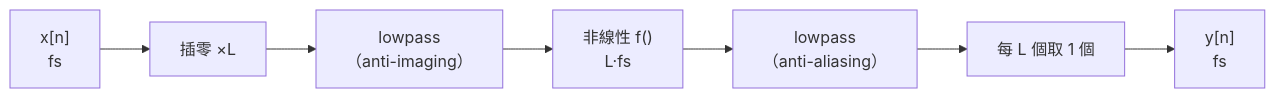
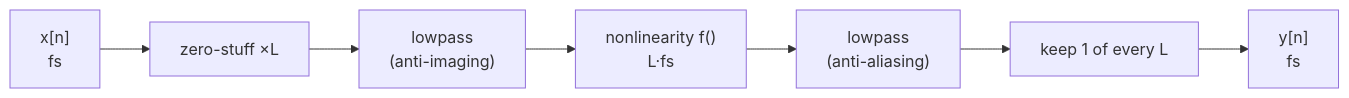
One commit to TomHsieh300/DAW-for-fun changed the second of 2 diagrams in lessons/06-saturation/README.md. Above: the diagram before and after it, drawn with Mermaid. The commit also changed other lines of this file and 22 other files, not shown here.

````diff
--- a/lessons/06-saturation/README.md
+++ b/lessons/06-saturation/README.md
@@ -273,4 +275,4 @@
 ```mermaid
 flowchart LR
-    X["x[n]<br/>fs"] --> U["插零 ×L"] --> LP1["lowpass<br/>（anti-imaging）"] --> NL["非線性 f()<br/>L·fs"] --> LP2["lowpass<br/>（anti-aliasing）"] --> D["每 L 個取 1 個"] --> Y["y[n]<br/>fs"]
+    X["x[n]<br/>fs"] --> U["zero-stuff ×L"] --> LP1["lowpass<br/>(anti-imaging)"] --> NL["nonlinearity f()<br/>L·fs"] --> LP2["lowpass<br/>(anti-aliasing)"] --> D["keep 1 of every L"] --> Y["y[n]<br/>fs"]
 ```
````
